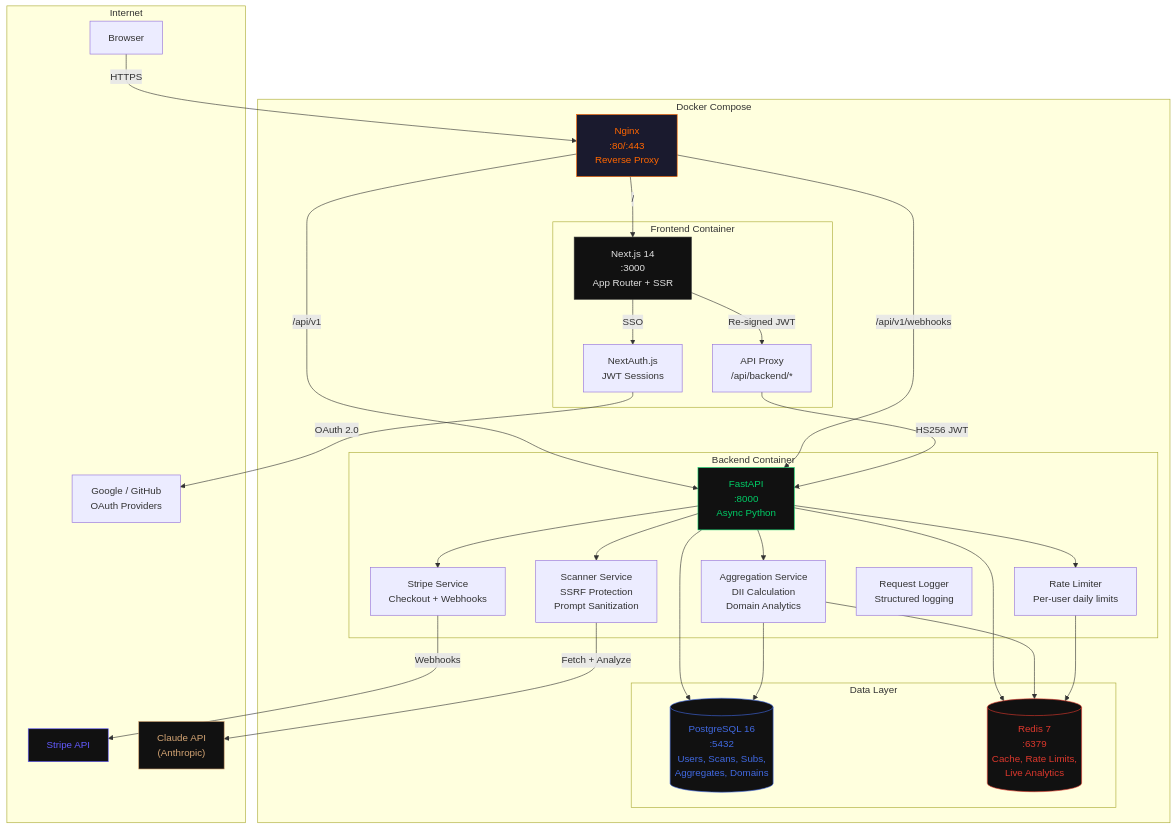
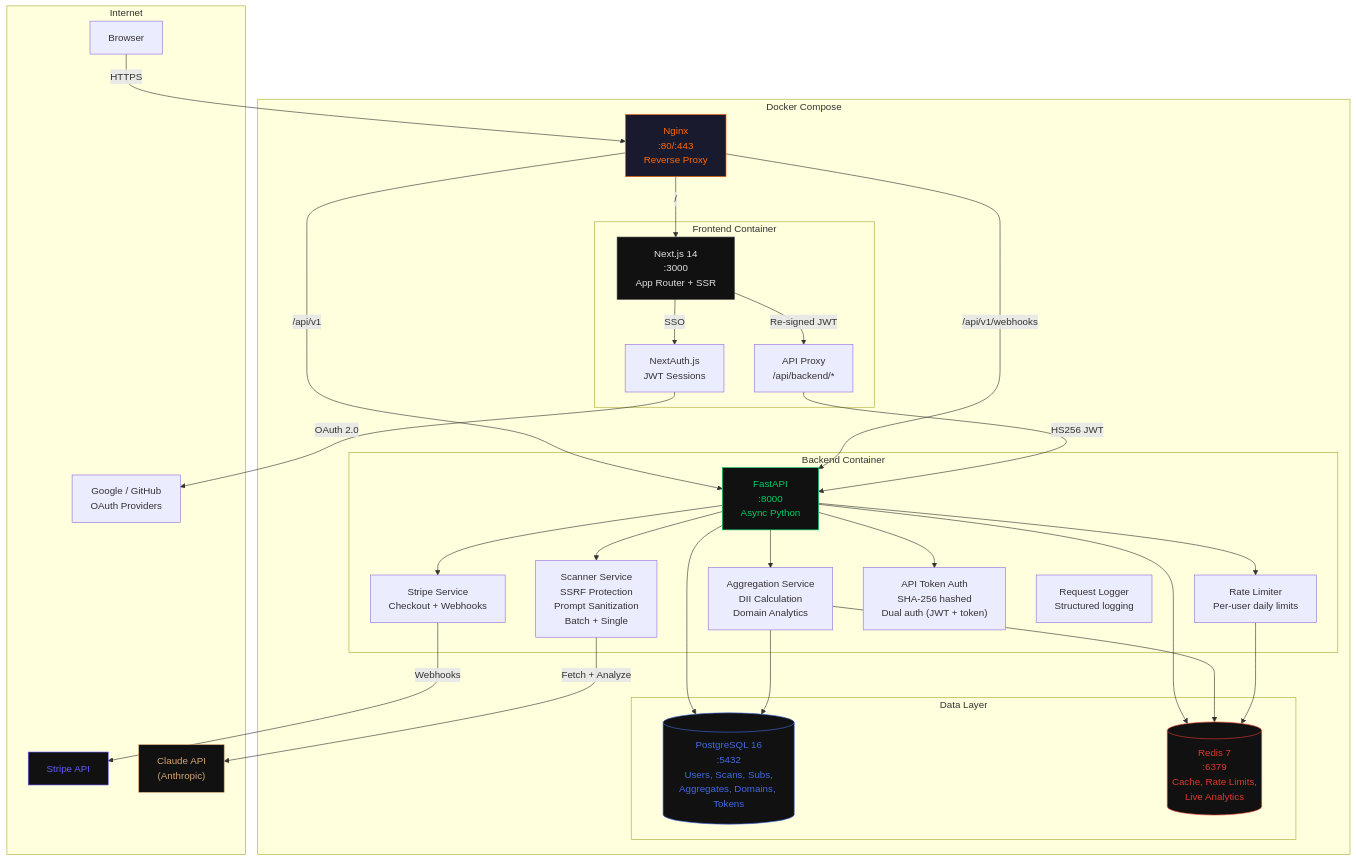
The first of 10 diagrams in docs/ARCHITECTURE.md (nabz0r/deadinternet.report), drawn with Mermaid before and after one commit. The commit also changed other lines of this file and 4 other files, not shown here.

First line of the commit message:
Update all documentation for API tokens and bulk scanning

````diff
--- a/docs/ARCHITECTURE.md
+++ b/docs/ARCHITECTURE.md
@@ -9,65 +9,67 @@
 ```mermaid
 graph TB
     subgraph Internet
         Browser["Browser"]
         Stripe["Stripe API"]
         Claude["Claude API<br/>(Anthropic)"]
         OAuth["Google / GitHub<br/>OAuth Providers"]
     end
 
     subgraph Docker["Docker Compose"]
         Nginx["Nginx<br/>:80/:443<br/>Reverse Proxy"]
 
         subgraph Frontend["Frontend Container"]
             Next["Next.js 14<br/>:3000<br/>App Router + SSR"]
             NextAuth["NextAuth.js<br/>JWT Sessions"]
             Proxy["API Proxy<br/>/api/backend/*"]
         end
 
         subgraph Backend["Backend Container"]
             FastAPI["FastAPI<br/>:8000<br/>Async Python"]
-            Scanner["Scanner Service<br/>SSRF Protection<br/>Prompt Sanitization"]
+            Scanner["Scanner Service<br/>SSRF Protection<br/>Prompt Sanitization<br/>Batch + Single"]
             Aggregation["Aggregation Service<br/>DII Calculation<br/>Domain Analytics"]
             StripeService["Stripe Service<br/>Checkout + Webhooks"]
             RateLimiter["Rate Limiter<br/>Per-user daily limits"]
+            TokenAuth["API Token Auth<br/>SHA-256 hashed<br/>Dual auth (JWT + token)"]
             ReqLogger["Request Logger<br/>Structured logging"]
         end
 
         subgraph Data["Data Layer"]
-            PG[("PostgreSQL 16<br/>:5432<br/>Users, Scans, Subs,<br/>Aggregates, Domains")]
+            PG[("PostgreSQL 16<br/>:5432<br/>Users, Scans, Subs,<br/>Aggregates, Domains, Tokens")]
             Redis[("Redis 7<br/>:6379<br/>Cache, Rate Limits,<br/>Live Analytics")]
         end
     end
 
     Browser -->|HTTPS| Nginx
     Nginx -->|/| Next
     Nginx -->|/api/v1| FastAPI
     Nginx -->|/api/v1/webhooks| FastAPI
 
     Next -->|SSO| NextAuth
     NextAuth -->|OAuth 2.0| OAuth
     Next -->|Re-signed JWT| Proxy
     Proxy -->|HS256 JWT| FastAPI
 
     FastAPI --> Scanner
     FastAPI --> Aggregation
     FastAPI --> StripeService
     FastAPI --> RateLimiter
+    FastAPI --> TokenAuth
 
     Scanner -->|Fetch + Analyze| Claude
     StripeService -->|Webhooks| Stripe
 
     FastAPI --> PG
     FastAPI --> Redis
     Aggregation --> PG
     Aggregation --> Redis
     RateLimiter --> Redis
 
     style Nginx fill:#1a1a2e,color:#ff6600,stroke:#ff6600
     style Next fill:#111,color:#e0e0e0,stroke:#333
     style FastAPI fill:#111,color:#00cc66,stroke:#00cc66
     style PG fill:#111,color:#4169E1,stroke:#4169E1
     style Redis fill:#111,color:#DC382D,stroke:#DC382D
     style Claude fill:#111,color:#d4a574,stroke:#d4a574
     style Stripe fill:#111,color:#635BFF,stroke:#635BFF
 ```
````
